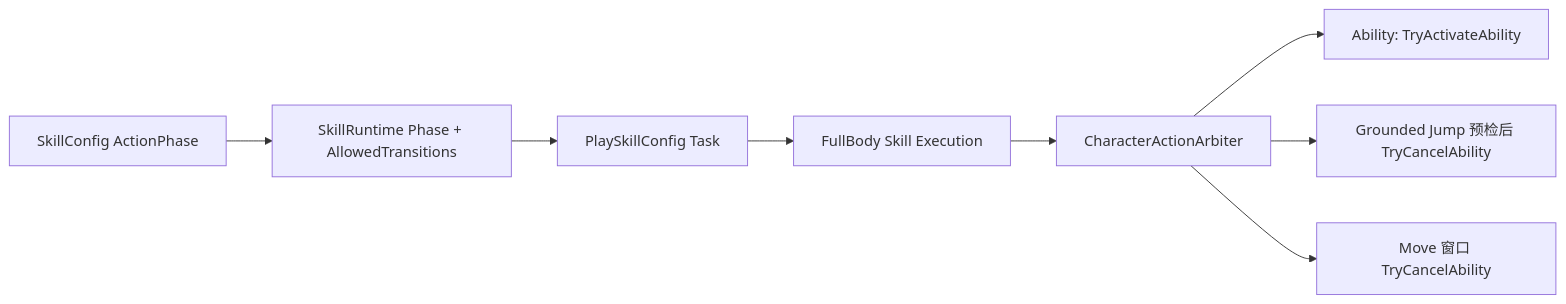
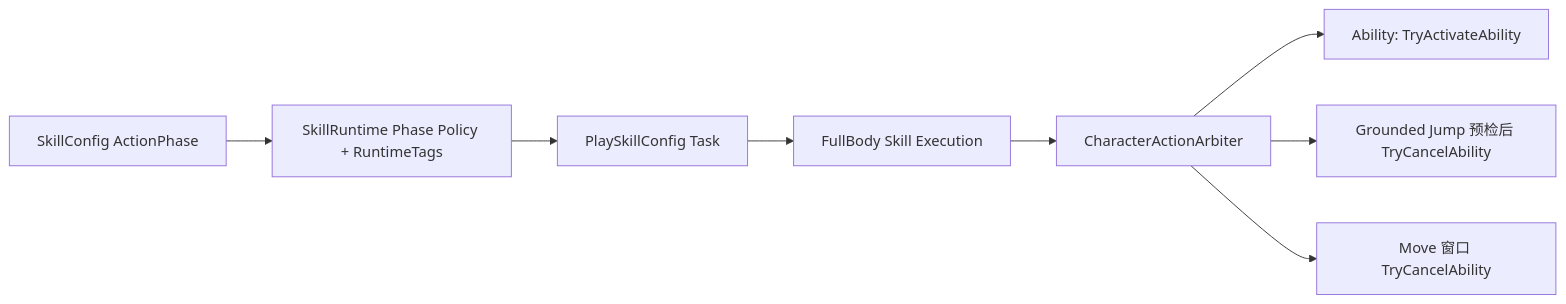
One commit to Whitesheeeep/3DRPG changed the fourth of 6 diagrams in Assets/Scripts/SkillSystem/Runtime/SkillRuntime.md. Above: the diagram before and after it, drawn with Mermaid. The commit also changed other lines of this file and 85 other files, not shown here.

````diff
--- a/Assets/Scripts/SkillSystem/Runtime/SkillRuntime.md
+++ b/Assets/Scripts/SkillSystem/Runtime/SkillRuntime.md
@@ -132,10 +132,10 @@
 ```mermaid
 flowchart LR
-    Config["SkillConfig ActionPhase"] --> Runtime["SkillRuntime Phase + AllowedTransitions"]
+    Config["SkillConfig ActionPhase"] --> Runtime["SkillRuntime Phase Policy + RuntimeTags"]
     Runtime --> Task["PlaySkillConfig Task"]
     Task --> Execution["FullBody Skill Execution"]
     Execution --> Arbiter["CharacterActionArbiter"]
     Arbiter --> GAS["Ability: TryActivateAbility"]
     Arbiter --> Jump["Grounded Jump 预检后 TryCancelAbility"]
     Arbiter --> Move["Move 窗口 TryCancelAbility"]
 ```
````
